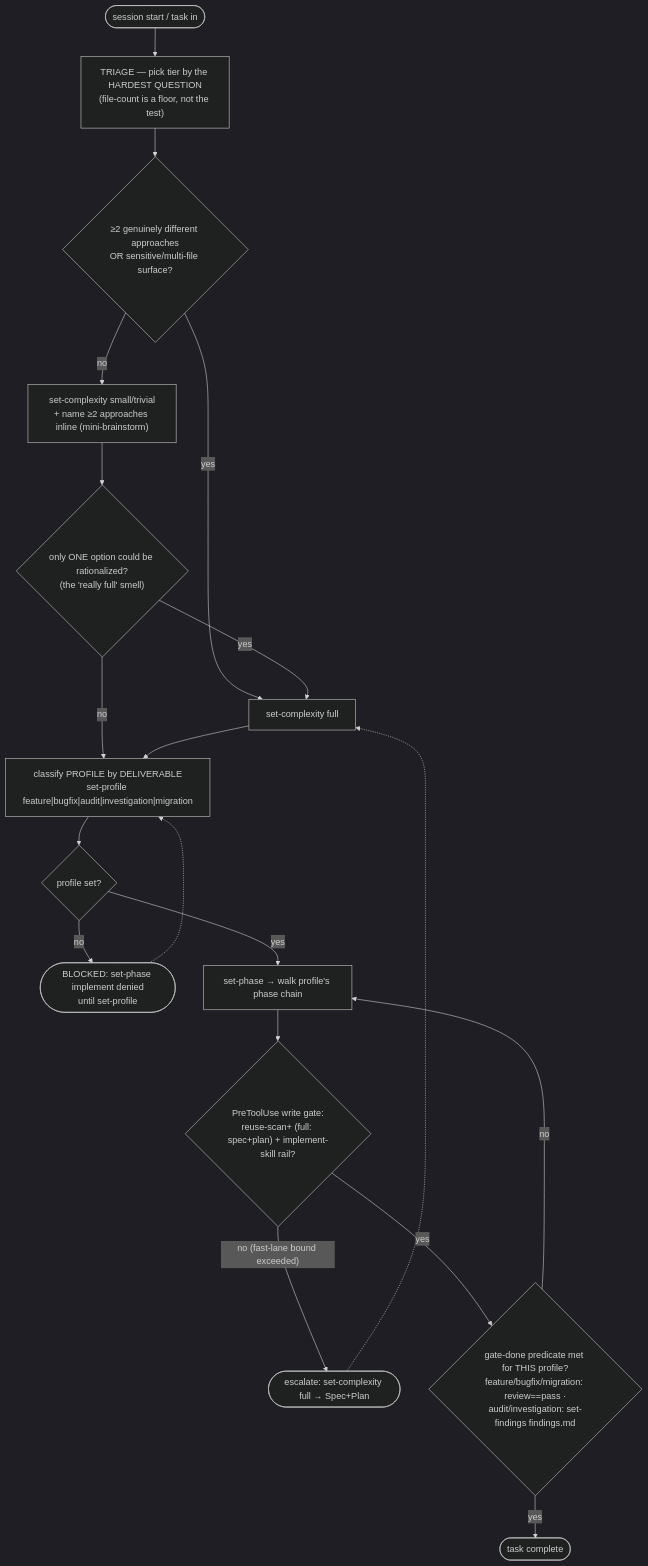
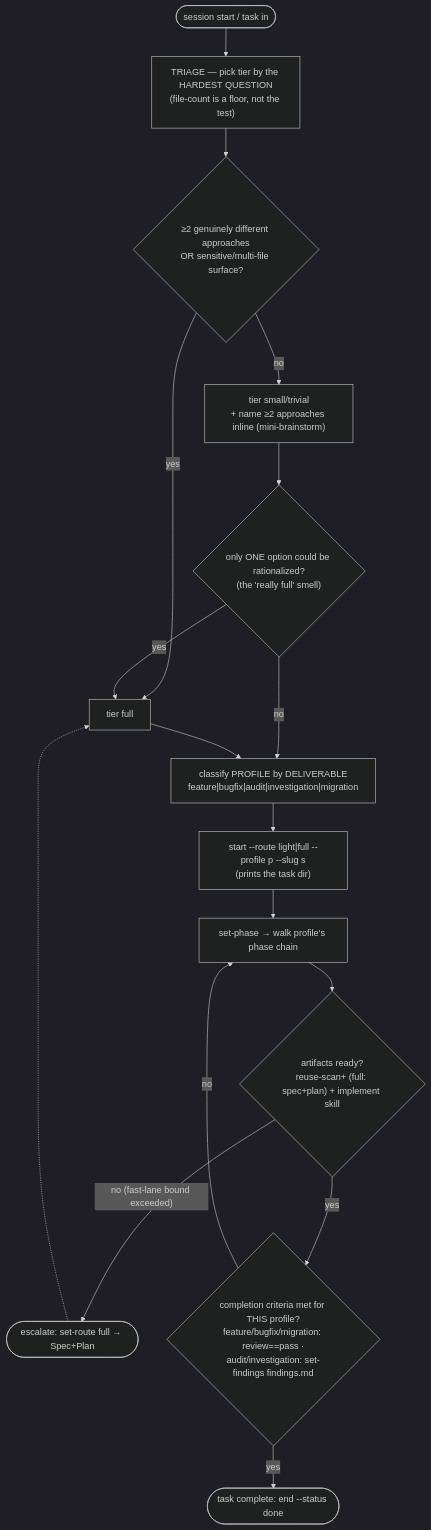
The diagram in skills/claudehut-workflow/SKILL.md (taipt1504/claudehut), drawn with Mermaid (dark theme) before and after one commit. The commit also changed other lines of this file and 75 other files, not shown here.

````diff
--- a/skills/claudehut-workflow/SKILL.md
+++ b/skills/claudehut-workflow/SKILL.md
@@ -14,21 +14,19 @@
 ```mermaid
 flowchart TB
   start(["session start / task in"]) --> tri["TRIAGE — pick tier by the HARDEST QUESTION<br/>(file-count is a floor, not the test)"]
   tri --> mini{"≥2 genuinely different approaches<br/>OR sensitive/multi-file surface?"}
-  mini -- "yes" --> full["set-complexity full"]
-  mini -- "no" --> fast["set-complexity small/trivial<br/>+ name ≥2 approaches inline (mini-brainstorm)"]
+  mini -- "yes" --> full["tier full"]
+  mini -- "no" --> fast["tier small/trivial<br/>+ name ≥2 approaches inline (mini-brainstorm)"]
   fast --> smell{"only ONE option could be rationalized?<br/>(the 'really full' smell)"}
   smell -- "yes" --> full
   smell -- "no" --> prof
-  full --> prof["classify PROFILE by DELIVERABLE<br/>set-profile feature|bugfix|audit|investigation|migration"]
-  prof --> pset{"profile set?"}
-  pset -- "no" --> blocked(["BLOCKED: set-phase implement denied<br/>until set-profile"])
-  blocked -.-> prof
-  pset -- "yes" --> phase["set-phase → walk profile's phase chain"]
-  phase --> wgate{"PreToolUse write gate:<br/>reuse-scan+ (full: spec+plan) + implement-skill rail?"}
-  wgate -- "no (fast-lane bound exceeded)" --> esc(["escalate: set-complexity full → Spec+Plan"])
+  full --> prof["classify PROFILE by DELIVERABLE<br/>feature|bugfix|audit|investigation|migration"]
+  prof --> st["start --route light|full --profile p --slug s<br/>(prints the task dir)"]
+  st --> phase["set-phase → walk profile's phase chain"]
+  phase --> wgate{"artifacts ready?<br/>reuse-scan+ (full: spec+plan) + implement skill"}
+  wgate -- "no (fast-lane bound exceeded)" --> esc(["escalate: set-route full → Spec+Plan"])
   esc -.-> full
-  wgate -- "yes" --> done{"gate-done predicate met for THIS profile?<br/>feature/bugfix/migration: review==pass ·<br/>audit/investigation: set-findings findings.md"}
+  wgate -- "yes" --> done{"completion criteria met for THIS profile?<br/>feature/bugfix/migration: review==pass ·<br/>audit/investigation: set-findings findings.md"}
   done -- "no" --> phase
-  done -- "yes" --> fin(["task complete"])
+  done -- "yes" --> fin(["task complete: end --status done"])
 ```
````
